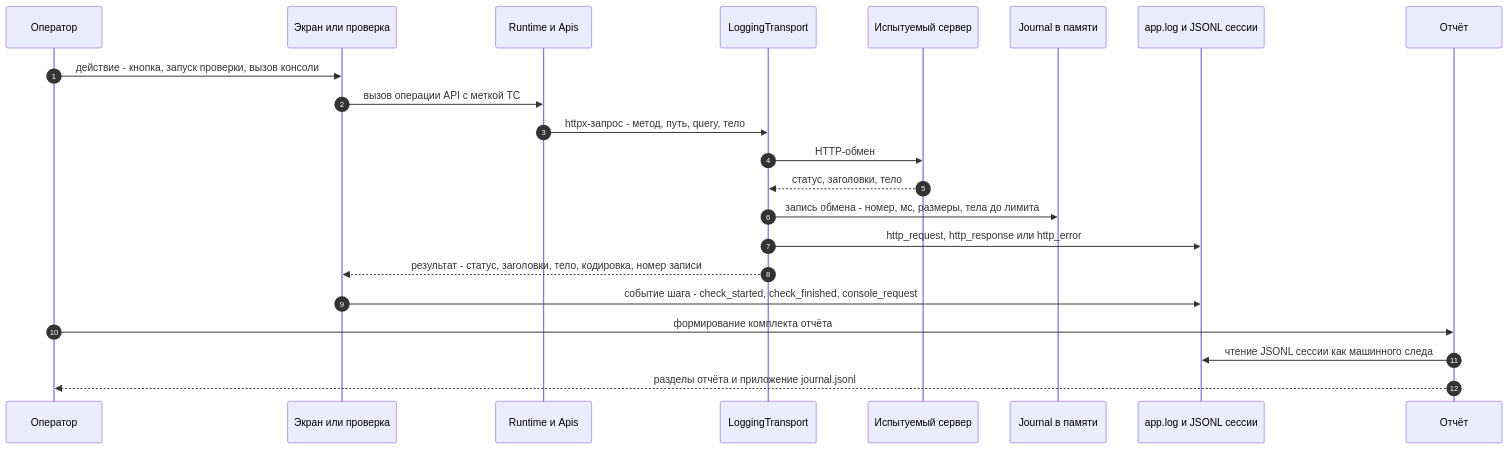
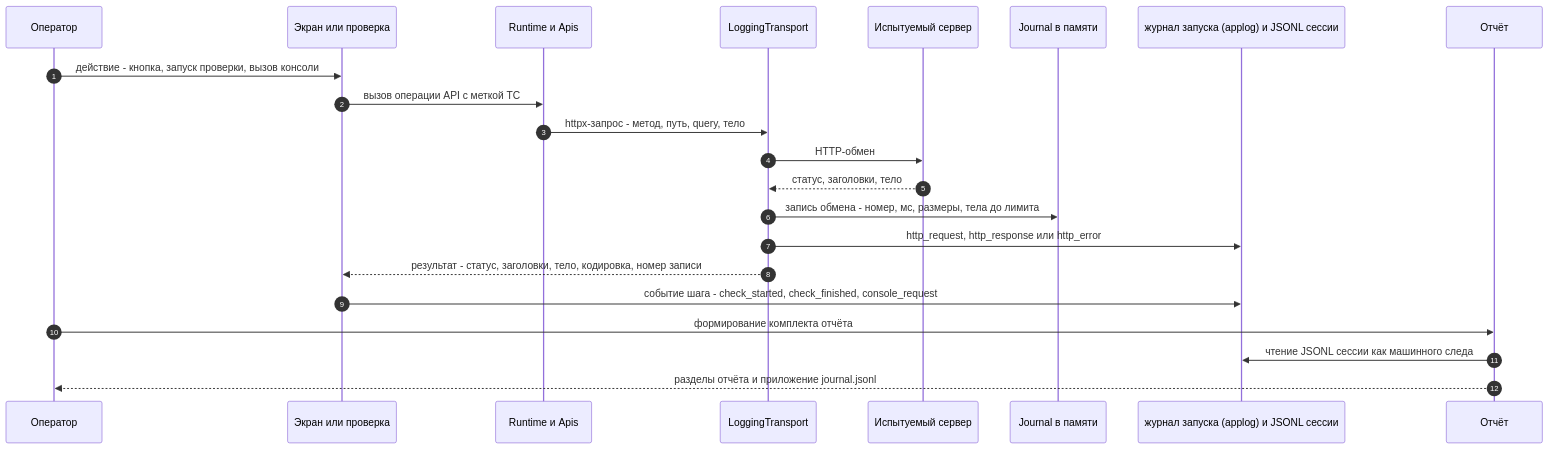
The third of 10 diagrams in docs/12. Руководство пользователя пульта испытаний (функционал и правила).md (kiselevsl77-dot/TrainingServerAcceptance), drawn with Mermaid before and after one commit. The commit also changed other lines of this file and 63 other files, not shown here.

````diff
--- a/docs/12. Руководство пользователя пульта испытаний (функционал и правила).md
+++ b/docs/12. Руководство пользователя пульта испытаний (функционал и правила).md
@@ -343,25 +413,25 @@
 ```mermaid
 sequenceDiagram
     autonumber
     participant OP as Оператор
     participant PG as Экран или проверка
     participant RT as Runtime и Apis
     participant TR as LoggingTransport
     participant SRV as Испытуемый сервер
     participant JR as Journal в памяти
-    participant LG as app.log и JSONL сессии
+    participant LG as журнал запуска (applog) и JSONL сессии
     participant RP as Отчёт
 
     OP->>PG: действие - кнопка, запуск проверки, вызов консоли
     PG->>RT: вызов операции API с меткой TC
     RT->>TR: httpx-запрос - метод, путь, query, тело
     TR->>SRV: HTTP-обмен
     SRV-->>TR: статус, заголовки, тело
     TR->>JR: запись обмена - номер, мс, размеры, тела до лимита
     TR->>LG: http_request, http_response или http_error
     TR-->>PG: результат - статус, заголовки, тело, кодировка, номер записи
     PG->>LG: событие шага - check_started, check_finished, console_request
     OP->>RP: формирование комплекта отчёта
     RP->>LG: чтение JSONL сессии как машинного следа
     RP-->>OP: разделы отчёта и приложение journal.jsonl
 ```
````
